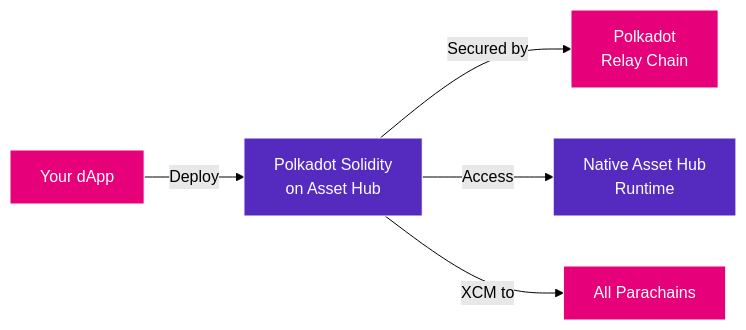
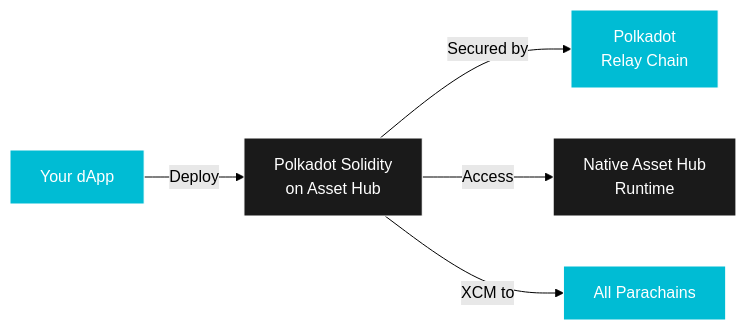
Before and after one commit to openguild-labs/polkadot-codecamp: the third of 7 diagrams in slides/build-on-polkadot-narratives.md, drawn with Mermaid (forest theme). The commit also changed other lines of this file and 6 other files, not shown here.

````diff
--- a/slides/build-on-polkadot-narratives.md
+++ b/slides/build-on-polkadot-narratives.md
@@ -195,13 +195,13 @@
 ```mermaid
 graph LR
     DEV[Your dApp] -->|Deploy| HUB[Polkadot Solidity<br/>on Asset Hub]
     HUB -->|Secured by| RELAY[Polkadot<br/>Relay Chain]
     HUB -->|Access| RUNTIME[Native Asset Hub<br/>Runtime]
     HUB -->|XCM to| PARAS[All Parachains]
 
-    style DEV fill:#E6007A,stroke:#fff,color:#fff
-    style HUB fill:#552BBF,stroke:#fff,color:#fff
-    style RELAY fill:#E6007A,stroke:#fff,color:#fff
-    style RUNTIME fill:#552BBF,stroke:#fff,color:#fff
-    style PARAS fill:#E6007A,stroke:#fff,color:#fff
+    style DEV fill:#00BCD4,stroke:#fff,color:#fff
+    style HUB fill:#1a1a1a,stroke:#fff,color:#fff
+    style RELAY fill:#00BCD4,stroke:#fff,color:#fff
+    style RUNTIME fill:#1a1a1a,stroke:#fff,color:#fff
+    style PARAS fill:#00BCD4,stroke:#fff,color:#fff
 ```
````
